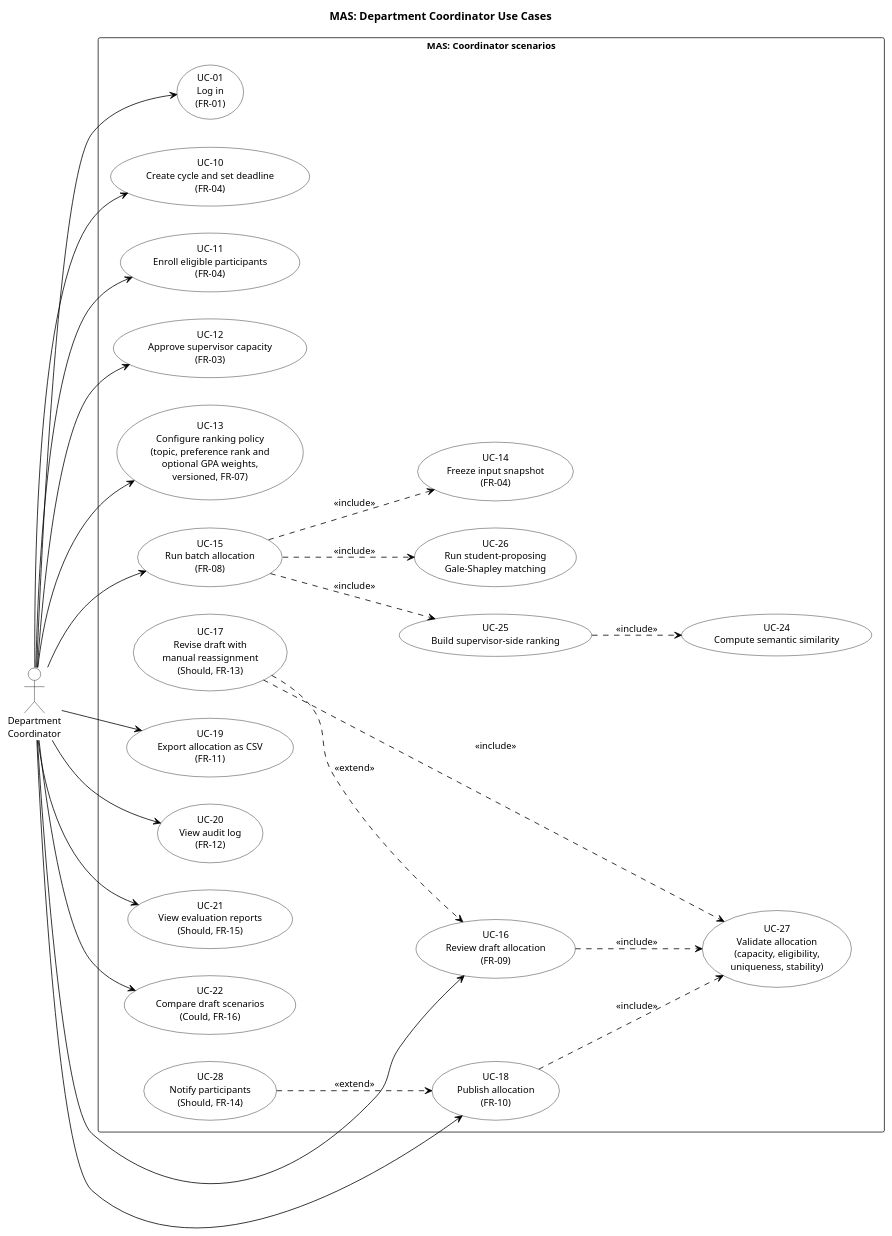
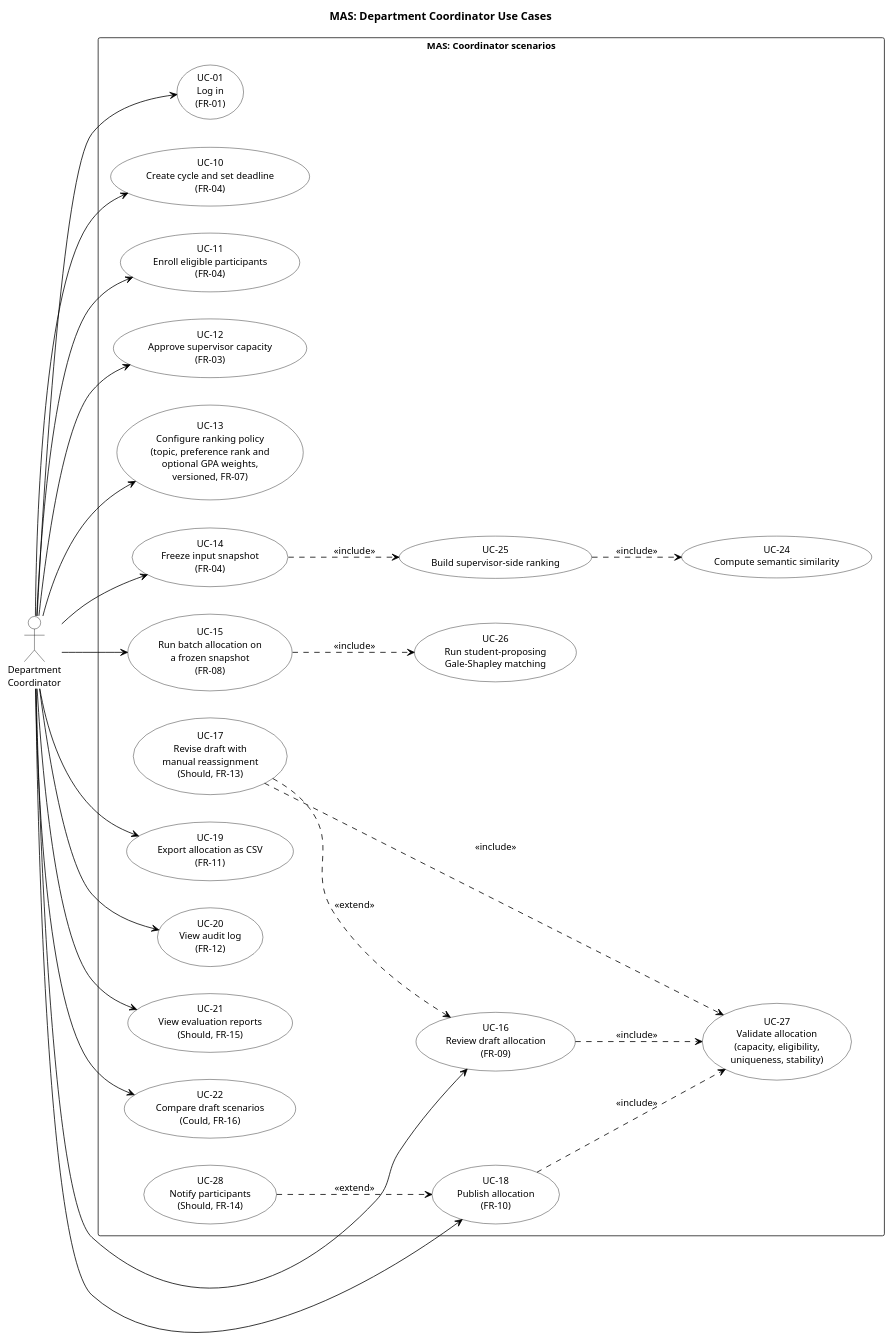
Before and after one commit to Diasb4/Diploma: the fourth of 4 diagrams in diagrams/src/use-case.puml, drawn with PlantUML. The commit also changed other lines of this file and 5 other files, not shown here.

First line of the commit message:
MAS-13: Make the snapshot freeze a separate step before the run

```diff
--- a/diagrams/src/use-case.puml
+++ b/diagrams/src/use-case.puml
@@ -152,67 +152,67 @@
 @startuml use-case-coordinator
 title MAS: Department Coordinator Use Cases
 
 left to right direction
 skinparam shadowing false
 skinparam defaultFontName Arial
 skinparam defaultFontSize 12
 skinparam ArrowColor Black
 skinparam usecase {
   BackgroundColor White
   BorderColor Black
 }
 skinparam actor {
   BackgroundColor White
   BorderColor Black
 }
 
 actor "Department\nCoordinator" as Coordinator
 
 rectangle "MAS: Coordinator scenarios" {
   usecase "UC-01\nLog in\n(FR-01)" as UC01
   usecase "UC-10\nCreate cycle and set deadline\n(FR-04)" as UC10
   usecase "UC-11\nEnroll eligible participants\n(FR-04)" as UC11
   usecase "UC-12\nApprove supervisor capacity\n(FR-03)" as UC12
   usecase "UC-13\nConfigure ranking policy\n(topic, preference rank and\noptional GPA weights,\nversioned, FR-07)" as UC13
   usecase "UC-14\nFreeze input snapshot\n(FR-04)" as UC14
-  usecase "UC-15\nRun batch allocation\n(FR-08)" as UC15
+  usecase "UC-15\nRun batch allocation on\na frozen snapshot\n(FR-08)" as UC15
   usecase "UC-16\nReview draft allocation\n(FR-09)" as UC16
   usecase "UC-17\nRevise draft with\nmanual reassignment\n(Should, FR-13)" as UC17
   usecase "UC-18\nPublish allocation\n(FR-10)" as UC18
   usecase "UC-19\nExport allocation as CSV\n(FR-11)" as UC19
   usecase "UC-20\nView audit log\n(FR-12)" as UC20
   usecase "UC-21\nView evaluation reports\n(Should, FR-15)" as UC21
   usecase "UC-22\nCompare draft scenarios\n(Could, FR-16)" as UC22
 
   usecase "UC-24\nCompute semantic similarity" as UC24
   usecase "UC-25\nBuild supervisor-side ranking" as UC25
   usecase "UC-26\nRun student-proposing\nGale-Shapley matching" as UC26
   usecase "UC-27\nValidate allocation\n(capacity, eligibility,\nuniqueness, stability)" as UC27
   usecase "UC-28\nNotify participants\n(Should, FR-14)" as UC28
 }
 
 Coordinator --> UC01
 Coordinator --> UC10
 Coordinator --> UC11
 Coordinator --> UC12
 Coordinator --> UC13
+Coordinator --> UC14
 Coordinator --> UC15
 Coordinator --> UC16
 Coordinator --> UC18
 Coordinator --> UC19
 Coordinator --> UC20
 Coordinator --> UC21
 Coordinator --> UC22
 
-UC15 ..> UC14 : <<include>>
-UC15 ..> UC25 : <<include>>
+UC14 ..> UC25 : <<include>>
 UC15 ..> UC26 : <<include>>
 UC25 ..> UC24 : <<include>>
 UC16 ..> UC27 : <<include>>
 UC18 ..> UC27 : <<include>>
 
 UC17 ..> UC16 : <<extend>>
 UC17 ..> UC27 : <<include>>
 UC28 ..> UC18 : <<extend>>
 
 @enduml
```
